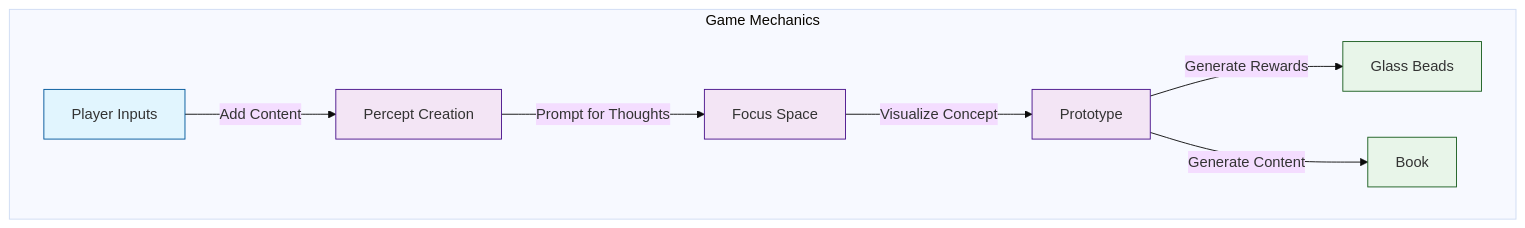
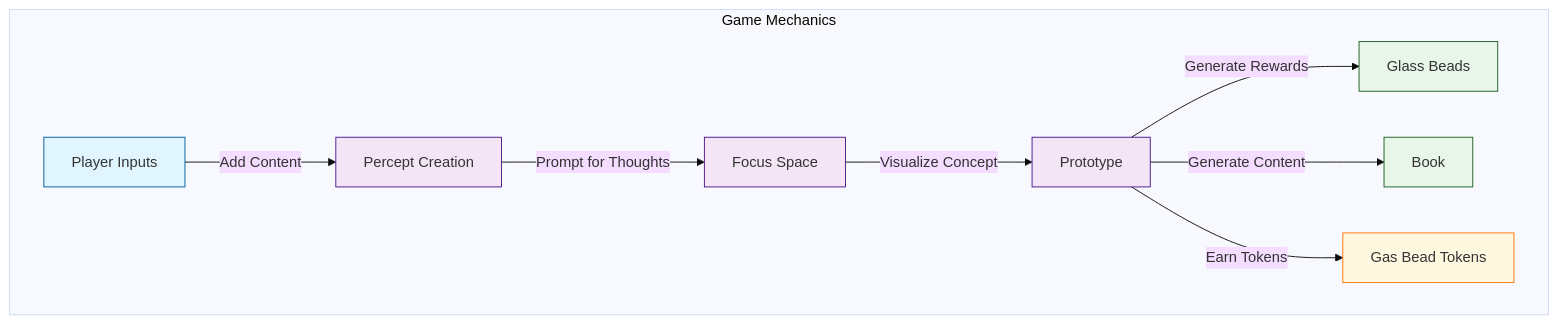
One commit to heavyblotto/memorativa changed the first of 2 diagrams in docs/2. the cybernetic system/memorativa-2-2-the-core-game.md. Above: the diagram before and after it, drawn with Mermaid (base theme). The commit also changed other lines of this file and 16 other files, not shown here.

````diff
--- a/docs/2. the cybernetic system/memorativa-2-2-the-core-game.md
+++ b/docs/2. the cybernetic system/memorativa-2-2-the-core-game.md
@@ -48,25 +52,29 @@
 ```mermaid
 graph TD
     PI[Player Inputs] --> |Add Content| PC[Percept Creation]
     PC --> |Prompt for Thoughts| FS[Focus Space]
     FS --> |Visualize Concept| PR[Prototype]
     PR --> |Generate Rewards| GB[Glass Beads]
     PR --> |Generate Content| B[Book]
+    PR --> |Earn Tokens| GBT[Gas Bead Tokens]
 
     subgraph "Game Mechanics"
         PI
         PC
         FS
         PR
         GB
         B
+        GBT
     end
 
     classDef input fill:#e1f5fe,stroke:#01579b
     classDef process fill:#f3e5f5,stroke:#4a148c
     classDef output fill:#e8f5e9,stroke:#1b5e20
+    classDef token fill:#fff8e1,stroke:#ff6f00
 
     class PI input
     class PC,FS,PR process
     class GB,B output
+    class GBT token
 ```
````
